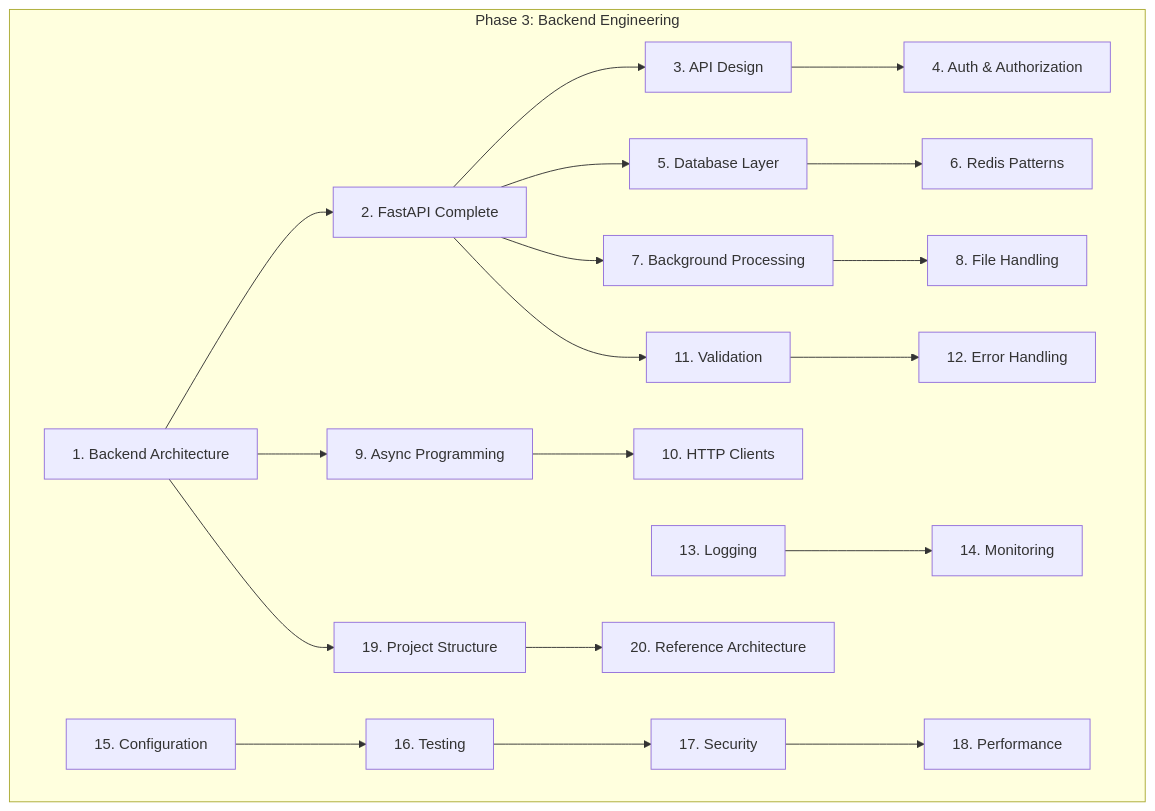
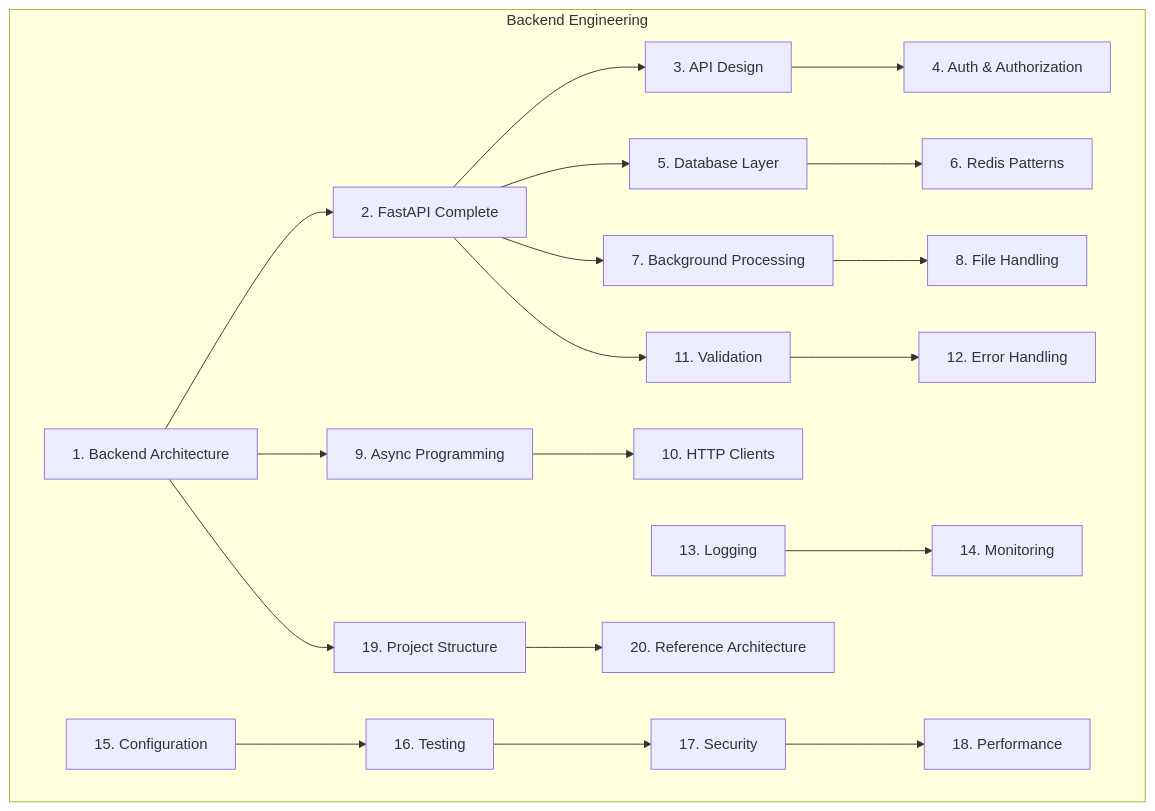
Before and after one commit to abdulsamad183/ai-engineering-playbook: the diagram in domains/backend-engineering/README.md, drawn with Mermaid. The commit also changed other lines of this file and 301 other files, not shown here.

````diff
--- a/domains/backend-engineering/README.md
+++ b/domains/backend-engineering/README.md
@@ -13,34 +13,34 @@
 ```mermaid
 flowchart TB
-  subgraph "Phase 3: Backend Engineering"
+  subgraph "Backend Engineering"
     A[1. Backend Architecture]
     F[2. FastAPI Complete]
     API[3. API Design]
     AUTH[4. Auth & Authorization]
     DB[5. Database Layer]
     REDIS[6. Redis Patterns]
     BG[7. Background Processing]
     FILE[8. File Handling]
     ASYNC[9. Async Programming]
     HTTP[10. HTTP Clients]
     VAL[11. Validation]
     ERR[12. Error Handling]
     LOG[13. Logging]
     MON[14. Monitoring]
     CFG[15. Configuration]
     TEST[16. Testing]
     SEC[17. Security]
     PERF[18. Performance]
     STRUCT[19. Project Structure]
     REF[20. Reference Architecture]
   end
 
   A --> F --> API --> AUTH
   F --> DB --> REDIS
   F --> BG --> FILE
   A --> ASYNC --> HTTP
   F --> VAL --> ERR
   LOG --> MON
   CFG --> TEST --> SEC --> PERF
   A --> STRUCT --> REF
 ```
````
